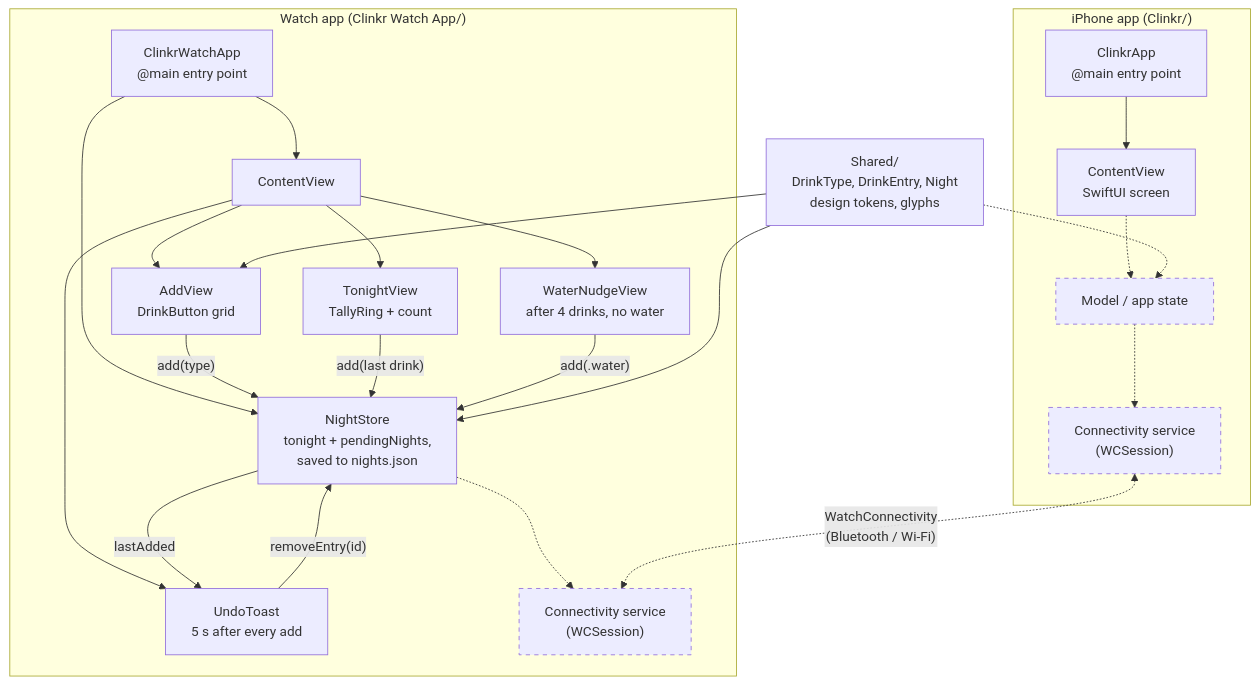
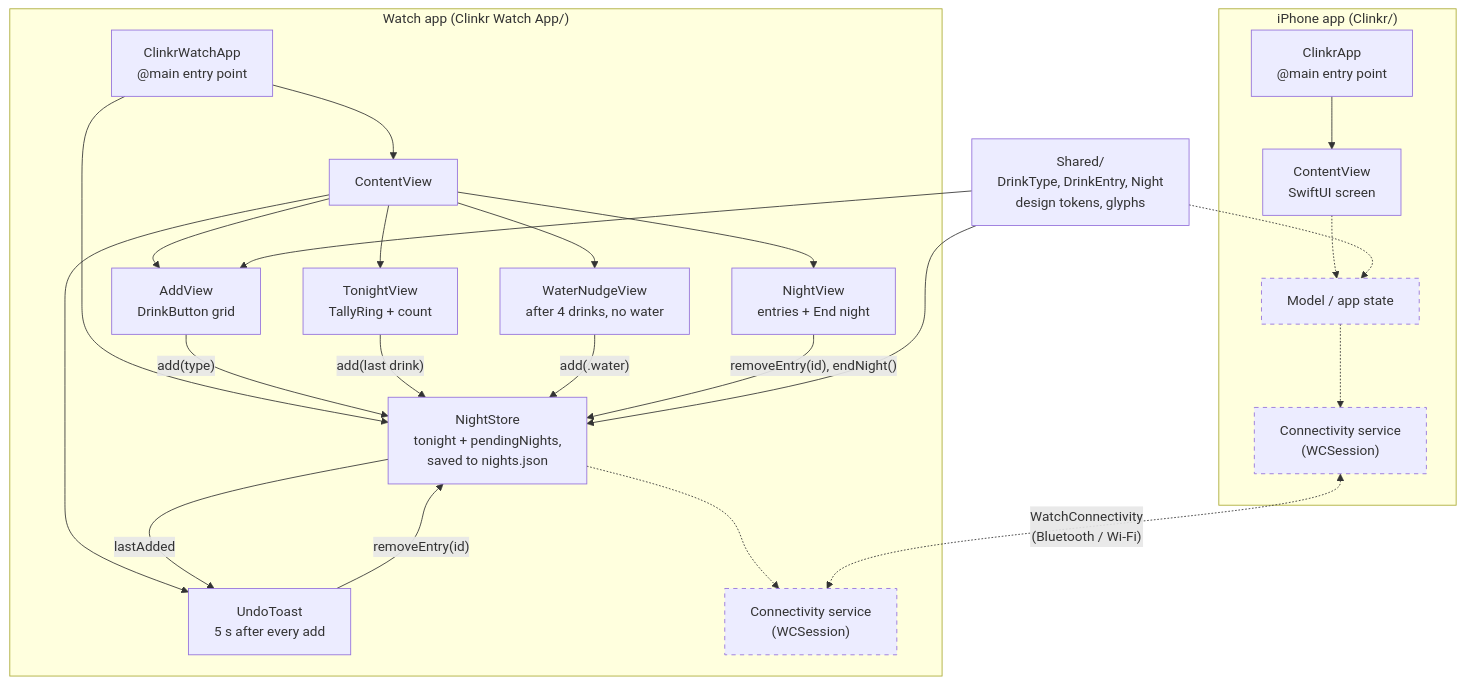
The second of 3 diagrams in docs/ARCHITECTURE.md (pablocolaiacovo/clink), drawn with Mermaid before and after one commit. The commit also changed other lines of this file and 7 other files, not shown here.

````diff
--- a/docs/ARCHITECTURE.md
+++ b/docs/ARCHITECTURE.md
@@ -34,36 +34,38 @@
 ```mermaid
 flowchart TB
     subgraph phone["iPhone app (Clinkr/)"]
         pApp["ClinkrApp<br/>@main entry point"] --> pView["ContentView<br/>SwiftUI screen"]
         pModel["Model / app state"]:::planned
         pSync["Connectivity service<br/>(WCSession)"]:::planned
         pView -.-> pModel
         pModel -.-> pSync
     end
 
     subgraph watch["Watch app (Clinkr Watch App/)"]
         wApp["ClinkrWatchApp<br/>@main entry point"] --> wView["ContentView"]
         wView --> wTonight["TonightView<br/>TallyRing + count"]
         wView --> wAdd["AddView<br/>DrinkButton grid"]
         wView --> wToast["UndoToast<br/>5 s after every add"]
         wView --> wNudge["WaterNudgeView<br/>after 4 drinks, no water"]
+        wView --> wNight["NightView<br/>entries + End night"]
         wModel["NightStore<br/>tonight + pendingNights,<br/>saved to nights.json"]
         wSync["Connectivity service<br/>(WCSession)"]:::planned
         wApp --> wModel
         wAdd -- "add(type)" --> wModel
         wTonight -- "add(last drink)" --> wModel
         wModel -- "lastAdded" --> wToast
         wToast -- "removeEntry(id)" --> wModel
         wNudge -- "add(.water)" --> wModel
+        wNight -- "removeEntry(id), endNight()" --> wModel
         wModel -.-> wSync
     end
 
     shared["Shared/<br/>DrinkType, DrinkEntry, Night<br/>design tokens, glyphs"]
     shared -.-> pModel
     shared --> wModel
     shared --> wAdd
 
     pSync <-. "WatchConnectivity<br/>(Bluetooth / Wi-Fi)" .-> wSync
 
     classDef planned stroke-dasharray: 5 5
 ```
````
